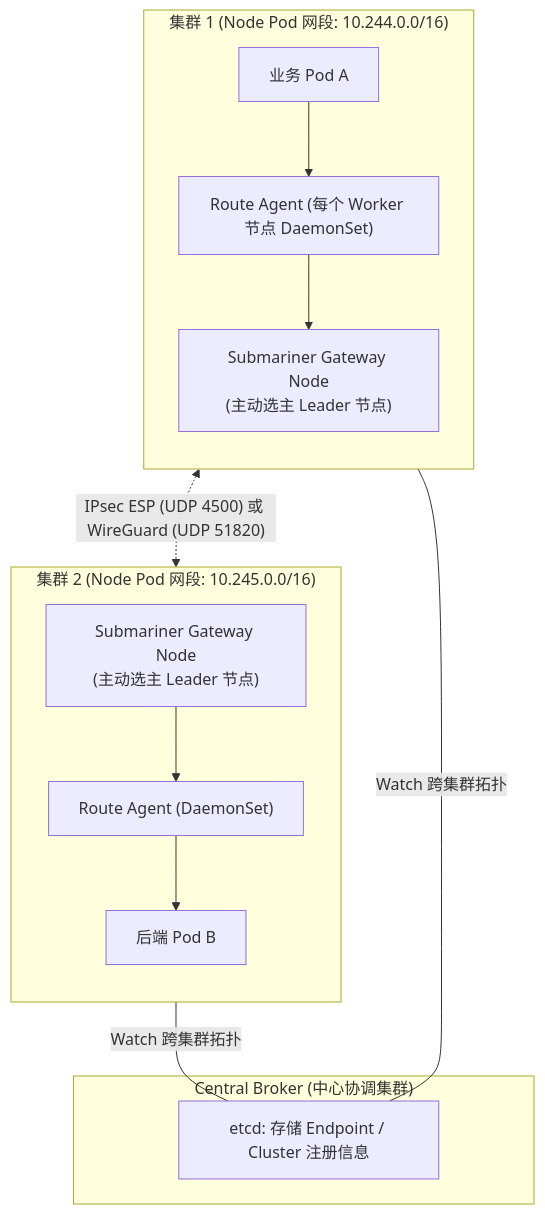
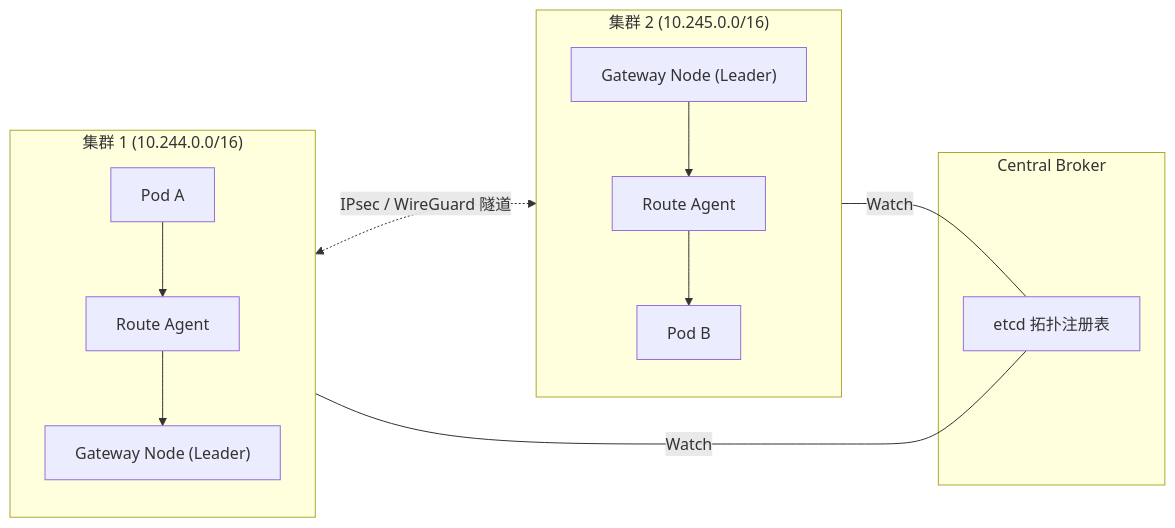
Before and after one commit to MoreConsequence/MoreConsequence.github.io: the third of 6 diagrams in content/posts/kubernetes-internals/k8s-17-multi-cluster-clustermesh-submariner.md, drawn with Mermaid. The commit also changed other lines of this file and 835 other files, not shown here.

First line of the commit message:
feat(blog): 全站33篇新增深度专栏与博文全量审核上线及矢量图表优化

````diff
--- a/content/posts/kubernetes-internals/k8s-17-multi-cluster-clustermesh-submariner.md
+++ b/content/posts/kubernetes-internals/k8s-17-multi-cluster-clustermesh-submariner.md
@@ -105,26 +110,22 @@
 ```mermaid
-flowchart TB
-    subgraph BrokerCluster["Central Broker (中心协调集群)"]
-        CRDStore["etcd: 存储 Endpoint / Cluster 注册信息"]
+flowchart LR
+    subgraph Cluster1["集群 1 (10.244.0.0/16)"]
+        direction TB
+        App1["Pod A"] --> Agent1["Route Agent"]
+        Agent1 --> GW1["Gateway Node (Leader)"]
     end
 
-    subgraph Cluster1["集群 1 (Node Pod 网段: 10.244.0.0/16)"]
-        direction TB
-        App1["业务 Pod A"]
-        RouteAgent1["Route Agent (每个 Worker 节点 DaemonSet)"]
-        GW1["Submariner Gateway Node<br>(主动选主 Leader 节点)"]
-        App1 --> RouteAgent1 --> GW1
+    subgraph BrokerCluster["Central Broker"]
+        CRDStore["etcd 拓扑注册表"]
     end
 
-    subgraph Cluster2["集群 2 (Node Pod 网段: 10.245.0.0/16)"]
+    subgraph Cluster2["集群 2 (10.245.0.0/16)"]
         direction TB
-        App2["后端 Pod B"]
-        RouteAgent2["Route Agent (DaemonSet)"]
-        GW2["Submariner Gateway Node<br>(主动选主 Leader 节点)"]
-        GW2 --> RouteAgent2 --> App2
+        GW2["Gateway Node (Leader)"] --> Agent2["Route Agent"]
+        Agent2 --> App2["Pod B"]
     end
 
-    GW1 <-.->|"IPsec ESP (UDP 4500) 或 WireGuard (UDP 51820)"| GW2
-    GW1 ---|"Watch 跨集群拓扑"| CRDStore
-    GW2 ---|"Watch 跨集群拓扑"| CRDStore
+    GW1 <-.->|"IPsec / WireGuard 隧道"| GW2
+    GW1 ---|"Watch"| CRDStore
+    GW2 ---|"Watch"| CRDStore
 ```
````
